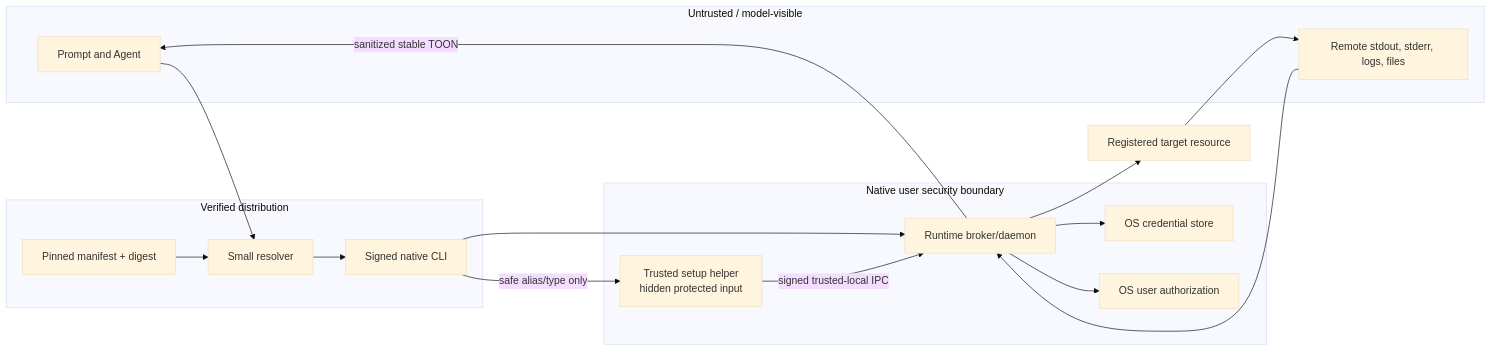
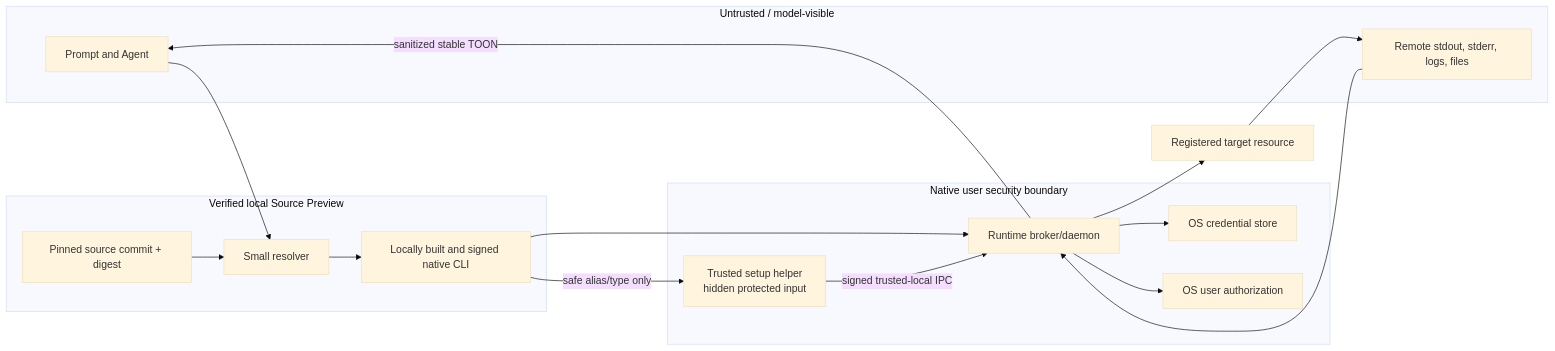
One commit to juju-w/safa changed the third of 3 diagrams in docs/architecture.md. Above: the diagram before and after it, drawn with Mermaid (base theme). The commit also changed other lines of this file and 21 other files, not shown here.

Commit message:
feat(preview): add source-built macOS bootstrap

````diff
--- a/docs/architecture.md
+++ b/docs/architecture.md
@@ -118,28 +124,28 @@
 ```mermaid
 flowchart LR
     subgraph Untrusted["Untrusted / model-visible"]
       Prompt["Prompt and Agent"]
       Output["Remote stdout, stderr, logs, files"]
     end
-    subgraph Verified["Verified distribution"]
+    subgraph Verified["Verified local Source Preview"]
       Launcher["Small resolver"]
-      Manifest["Pinned manifest + digest"]
-      CLI["Signed native CLI"]
+      Manifest["Pinned source commit + digest"]
+      CLI["Locally built and signed native CLI"]
     end
     subgraph Native["Native user security boundary"]
       Broker["Runtime broker/daemon"]
       Setup["Trusted setup helper\nhidden protected input"]
       Vault["OS credential store"]
       Consent["OS user authorization"]
     end
     Target["Registered target resource"]
 
     Prompt --> Launcher --> CLI --> Broker
     CLI -->|"safe alias/type only"| Setup -->|"signed trusted-local IPC"| Broker
     Manifest --> Launcher
     Broker --> Vault
     Broker --> Consent
     Broker --> Target
     Target --> Output --> Broker
     Broker -->|"sanitized stable TOON"| Prompt
 ```
````
